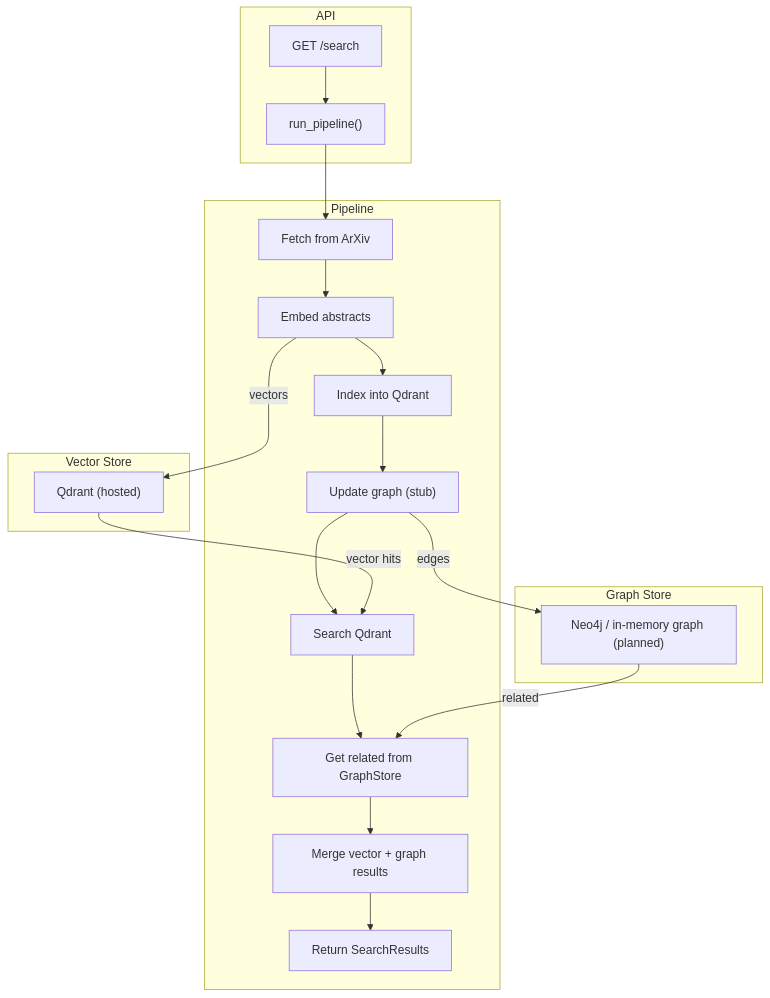
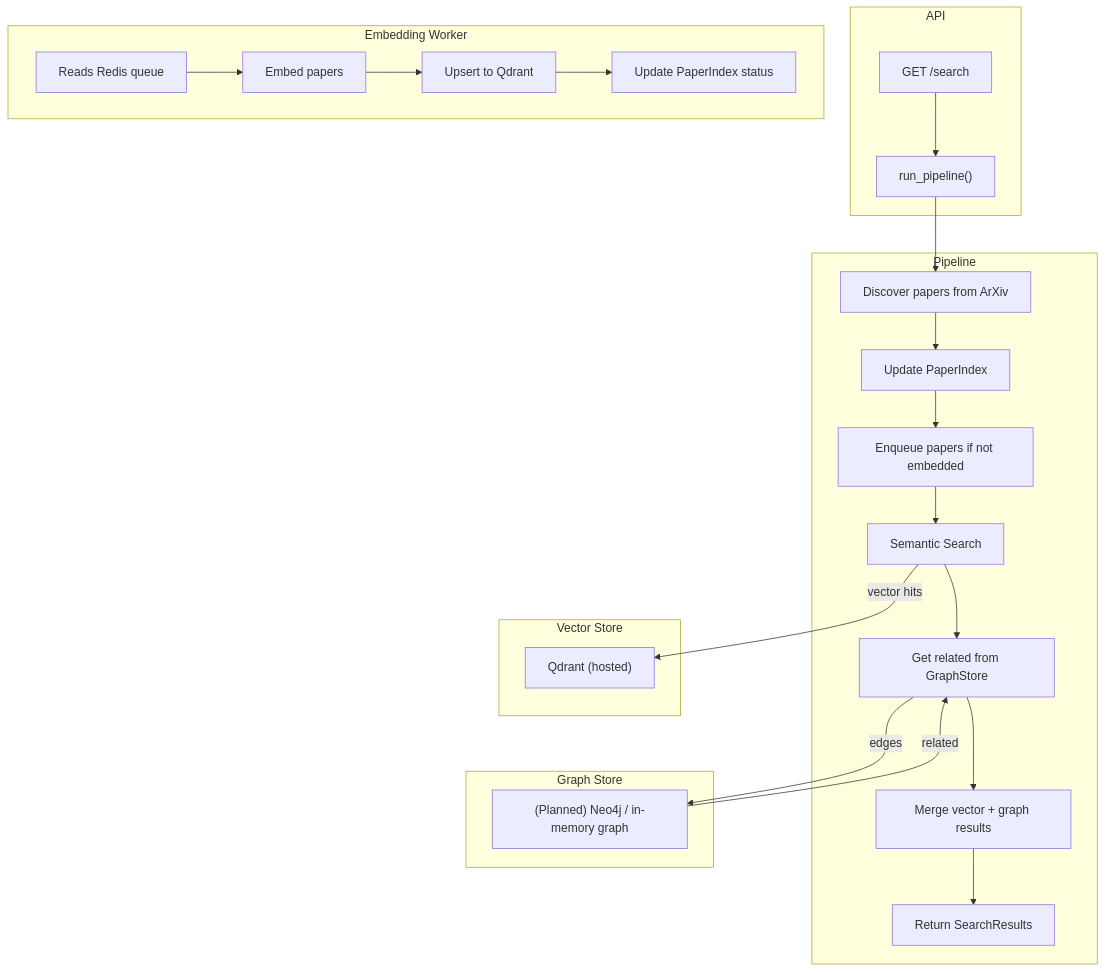
One commit to Viibrant/graph-rag changed the diagram in README.md. Above: the diagram before and after it, drawn with Mermaid. The commit also changed other lines of this file, not shown here.

Commit message:
docs(readme): update architecture + feature list for modular ingestion + queuing

````diff
--- a/README.md
+++ b/README.md
@@ -5,30 +6,35 @@
 ```mermaid
 flowchart TD
     subgraph API
         A1[GET /search] --> P["run_pipeline()"]
     end
 
     subgraph Pipeline
-        P --> F[Fetch from ArXiv]
-        F --> E[Embed abstracts]
-        E --> V[Index into Qdrant]
-        V --> G["Update graph (stub)"]
-        G --> S[Search Qdrant]
-        S --> H[Get related from GraphStore]
-        H --> M["Merge vector + graph results"]
+        P --> F[Discover papers from ArXiv]
+        F --> I[Update PaperIndex]
+        I --> Q[Enqueue papers if not embedded]
+        Q --> S[Semantic Search]
+        S --> G[Get related from GraphStore]
+        G --> M[Merge vector + graph results]
         M --> R[Return SearchResults]
     end
 
     subgraph Vector Store
         V1["Qdrant (hosted)"]
     end
 
-    subgraph Graph Store
-        G1["Neo4j / in-memory graph (planned)"]
+    subgraph Embedding Worker
+        W1["Reads Redis queue"]
+        W1 --> E[Embed papers]
+        E --> V[Upsert to Qdrant]
+        V --> U[Update PaperIndex status]
     end
 
-    E -->|vectors| V1
-    V1 -->|vector hits| S
+    subgraph Graph Store
+        G1["(Planned) Neo4j / in-memory graph"]
+    end
+
+    S -->|vector hits| V1
     G -->|edges| G1
-    G1 -->|related| H
+    G1 -->|related| G
 ```
````
